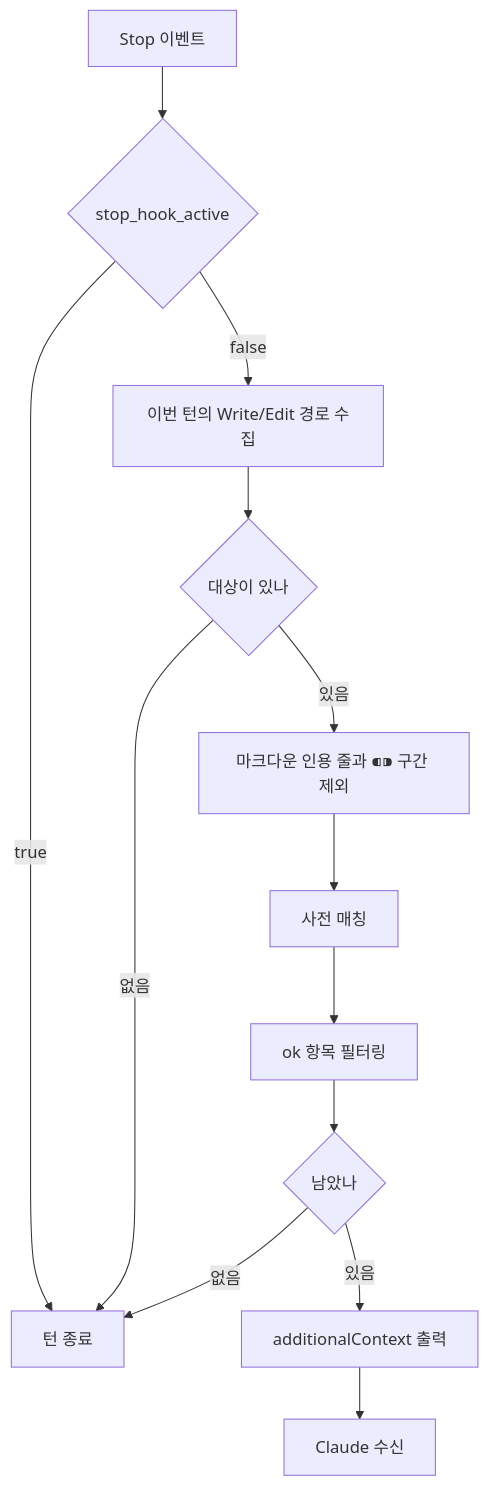
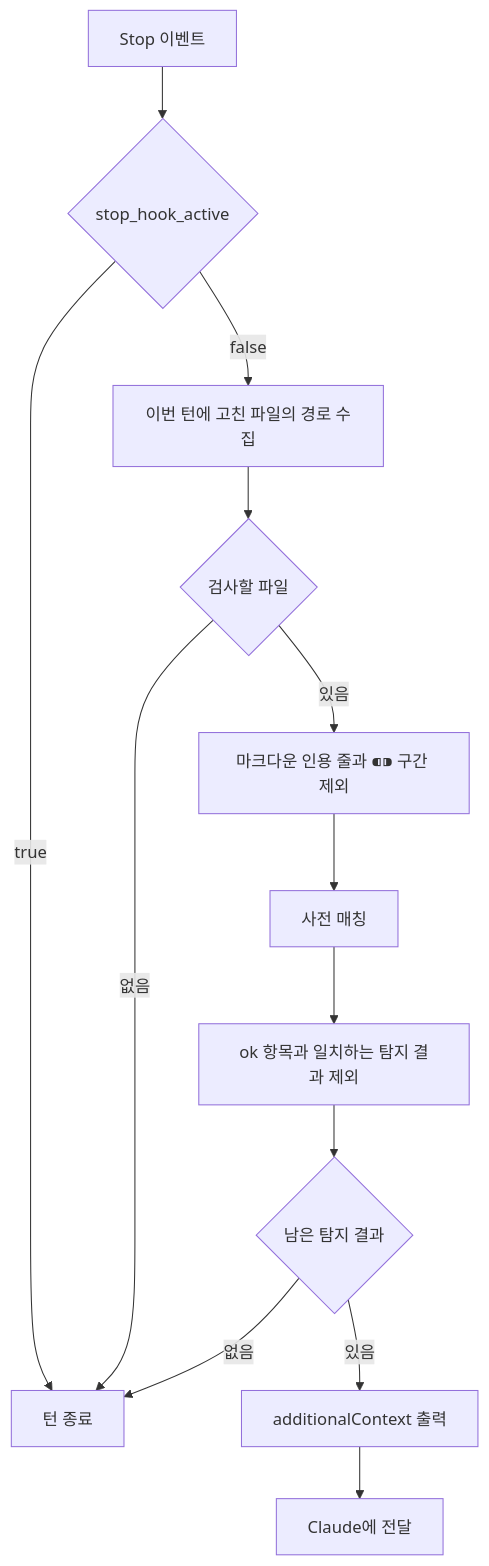
One commit to nil-park/claude-workflow-kit changed the diagram in docs/architecture/anti-claudeism.md. Above: the diagram before and after it, drawn with Mermaid. The commit also changed other lines of this file and 1 other file, not shown here.

````diff
--- a/docs/architecture/anti-claudeism.md
+++ b/docs/architecture/anti-claudeism.md
@@ -14,15 +14,15 @@
 ```mermaid
 flowchart TD
   stop["Stop 이벤트"] --> active{"stop_hook_active"}
   active -->|true| pass["턴 종료"]
-  active -->|false| collect["이번 턴의 Write/Edit 경로 수집"]
-  collect --> empty{"대상이 있나"}
+  active -->|false| collect["이번 턴에 고친 파일의 경로 수집"]
+  collect --> empty{"검사할 파일"}
   empty -->|없음| pass
   empty -->|있음| mask["마크다운 인용 줄과 ⁌⁍ 구간 제외"]
   mask --> scan["사전 매칭"]
-  scan --> filter["ok 항목 필터링"]
-  filter --> match{"남았나"}
+  scan --> filter["ok 항목과 일치하는 탐지 결과 제외"]
+  filter --> match{"남은 탐지 결과"}
   match -->|없음| pass
   match -->|있음| report["additionalContext 출력"]
-  report --> again["Claude 수신"]
+  report --> again["Claude에 전달"]
 ```
````
